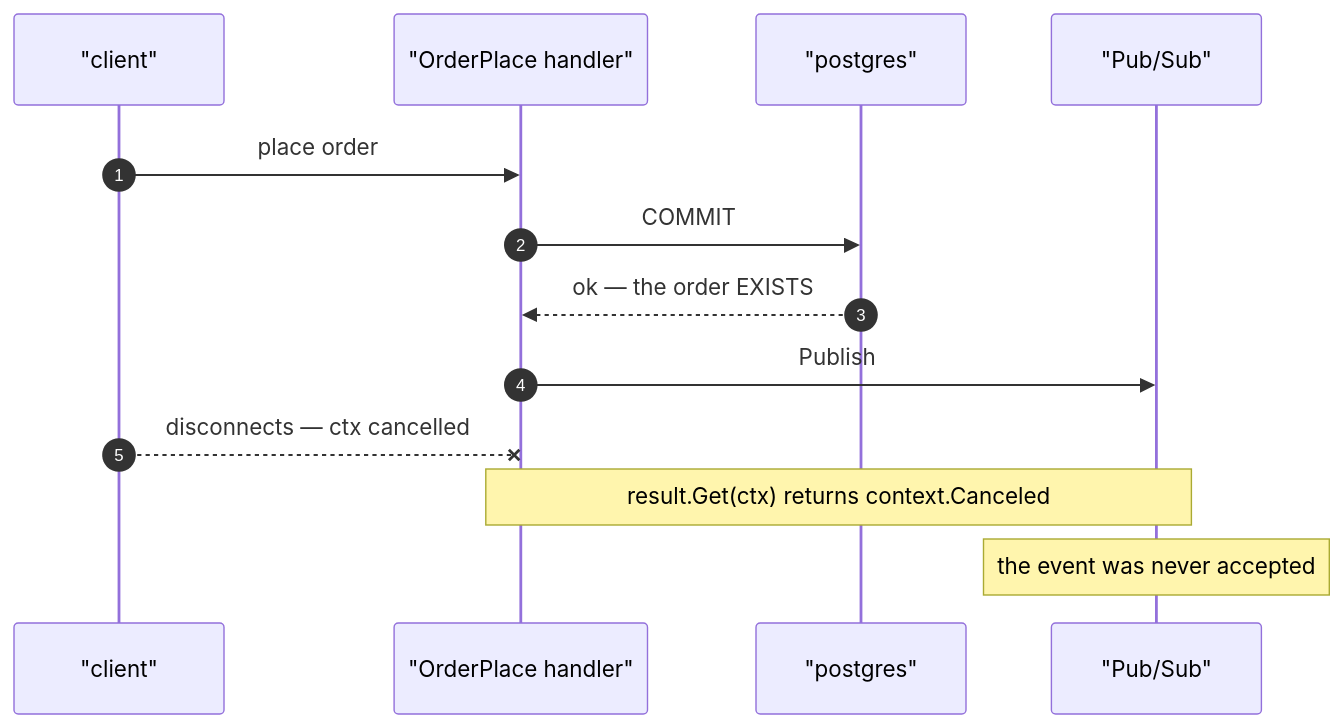
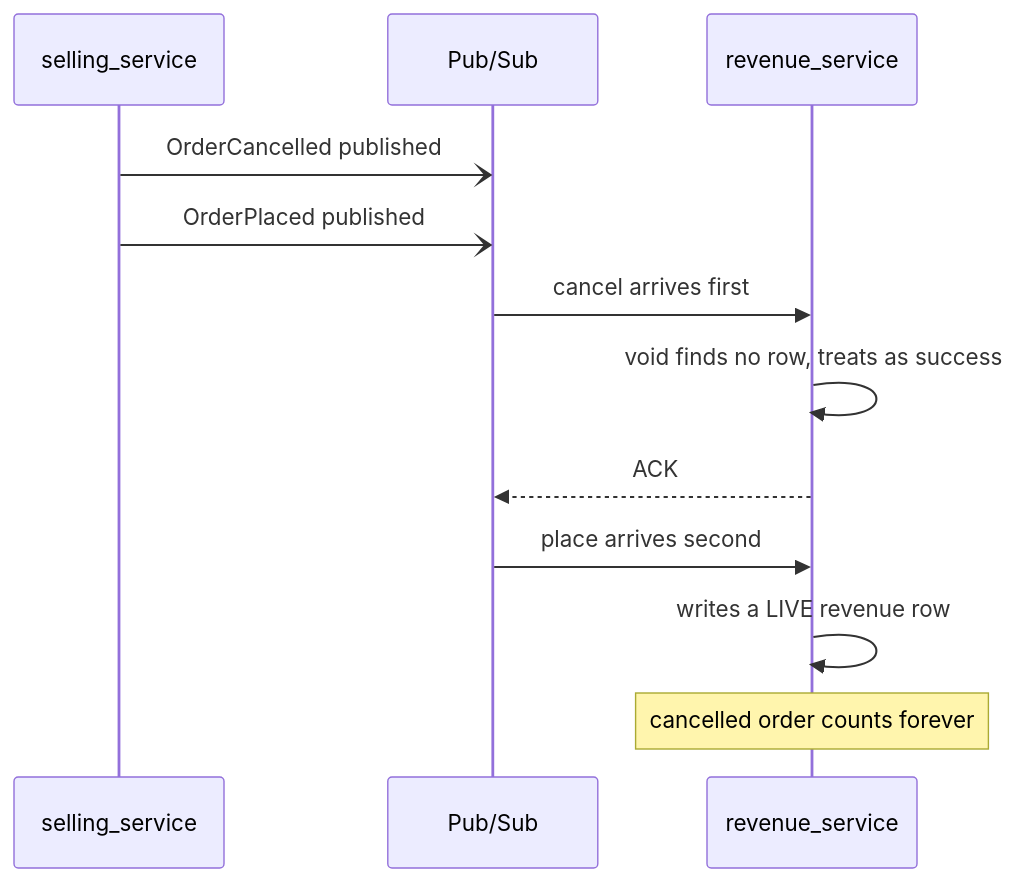
The first of 3 diagrams in guidelines/architectures/event_library.md (pdcgo/warehouse_revamp), drawn with Mermaid before and after one commit. The commit also changed other lines of this file and 168 other files, not shown here.

````diff
--- a/guidelines/architectures/event_library.md
+++ b/guidelines/architectures/event_library.md
@@ -486,15 +48,15 @@
 ```mermaid
 sequenceDiagram
-  autonumber
-  participant C as "client"
-  participant H as "OrderPlace handler"
-  participant DB as "postgres"
-  participant PS as "Pub/Sub"
-  C->>H: place order
-  H->>DB: COMMIT
-  DB-->>H: ok — the order EXISTS
-  H->>PS: Publish
-  C--xH: disconnects — ctx cancelled
-  Note over H,PS: result.Get(ctx) returns context.Canceled
-  Note over PS: the event was never accepted
+participant S as selling_service
+participant P as Pub/Sub
+participant R as revenue_service
+
+S-)P: OrderCancelled published
+S-)P: OrderPlaced published
+P->>R: cancel arrives first
+R->>R: void finds no row, treats as success
+R-->>P: ACK
+P->>R: place arrives second
+R->>R: writes a LIVE revenue row
+Note over R: cancelled order counts forever
 ```
````
